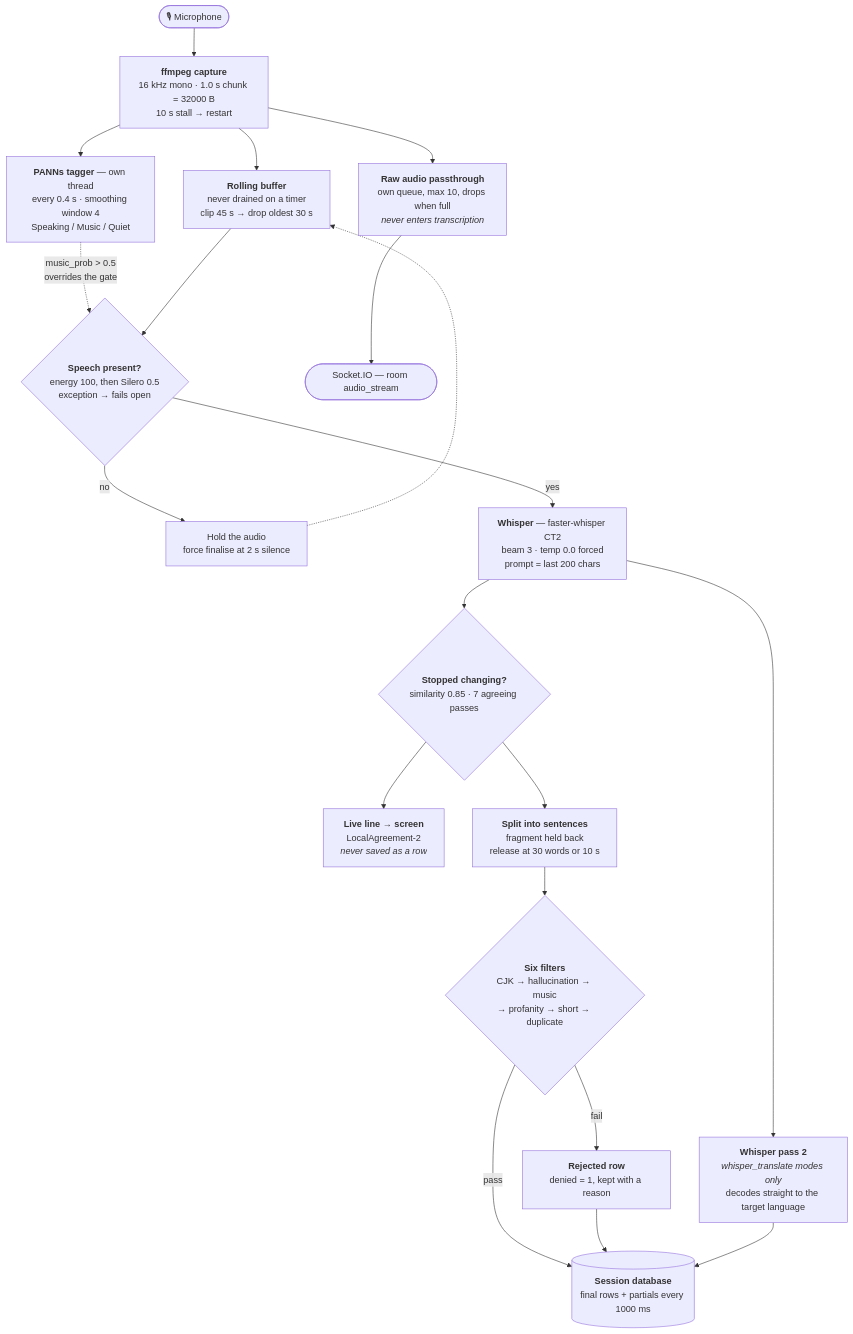
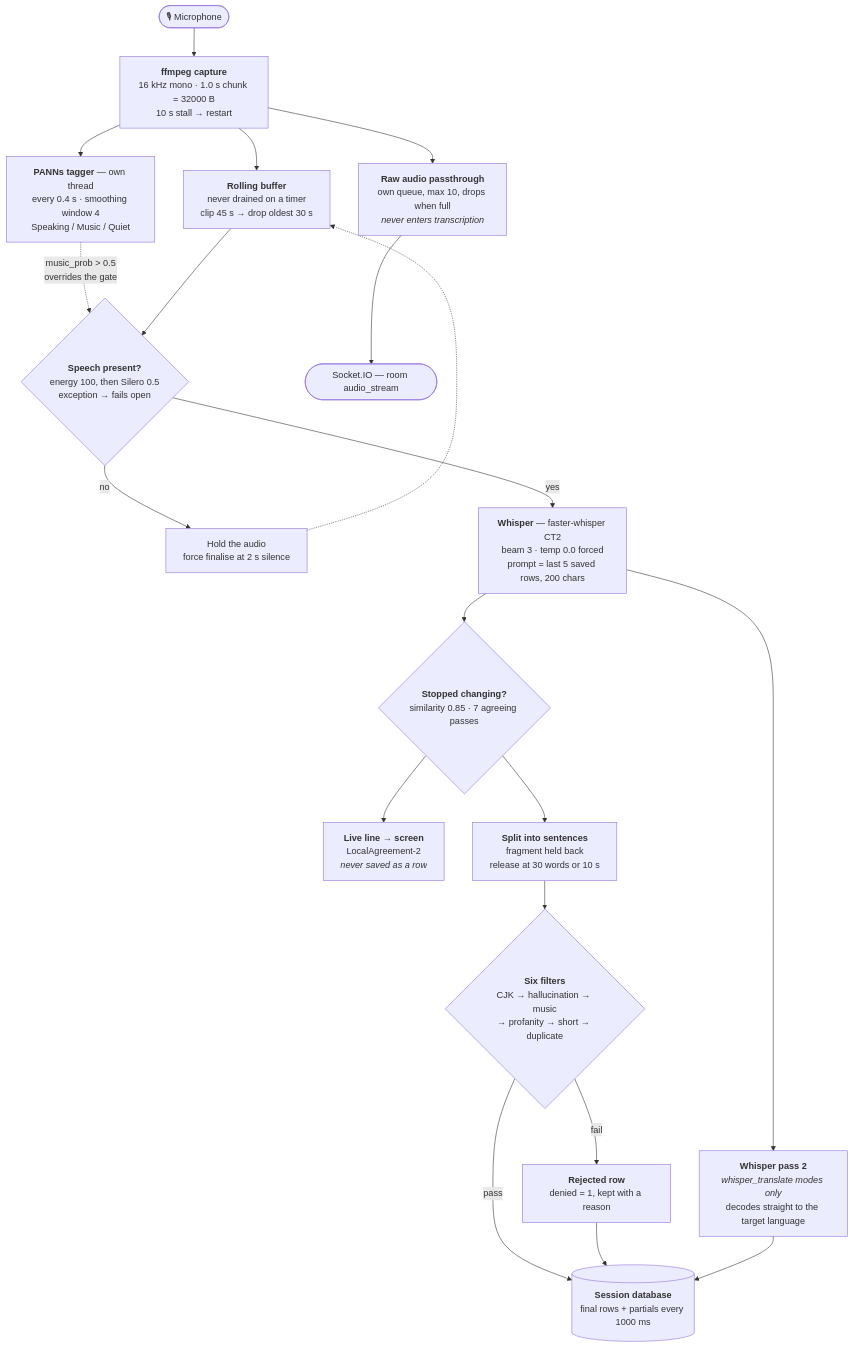
Before and after one commit to ChurchPresenter/STT: the second of 11 diagrams in PIPELINE.md, drawn with Mermaid. The commit also changed other lines of this file, not shown here.

````diff
--- a/PIPELINE.md
+++ b/PIPELINE.md
@@ -49,37 +57,37 @@
 ```mermaid
 flowchart TD
     MIC(["🎙 Microphone"])
     FF["<b>ffmpeg capture</b><br/>16 kHz mono · 1.0 s chunk = 32000 B<br/>10 s stall → restart"]
     PAN["<b>PANNs tagger</b> — own thread<br/>every 0.4 s · smoothing window 4<br/>Speaking / Music / Quiet"]
     BUF["<b>Rolling buffer</b><br/>never drained on a timer<br/>clip 45 s → drop oldest 30 s"]
     VAD{"<b>Speech present?</b><br/>energy 100, then Silero 0.5<br/>exception → fails open"}
     HOLD["Hold the audio<br/>force finalise at 2 s silence"]
-    WSP["<b>Whisper</b> — faster-whisper CT2<br/>beam 3 · temp 0.0 forced<br/>prompt = last 200 chars"]
+    WSP["<b>Whisper</b> — faster-whisper CT2<br/>beam 3 · temp 0.0 forced<br/>prompt = last 5 saved rows, 200 chars"]
     P2["<b>Whisper pass 2</b><br/><i>whisper_translate modes only</i><br/>decodes straight to the target language"]
     FIN{"<b>Stopped changing?</b><br/>similarity 0.85 · 7 agreeing passes"}
     LIVE["<b>Live line → screen</b><br/>LocalAgreement-2<br/><i>never saved as a row</i>"]
     SPL["<b>Split into sentences</b><br/>fragment held back<br/>release at 30 words or 10 s"]
     FLT{"<b>Six filters</b><br/>CJK → hallucination → music<br/>→ profanity → short → duplicate"}
     REJ["<b>Rejected row</b><br/>denied = 1, kept with a reason"]
     DB[("<b>Session database</b><br/>final rows + partials every 1000 ms")]
 
     MIC --> FF
     FF --> BUF
     FF --> PAN
     FF --> AUD["<b>Raw audio passthrough</b><br/>own queue, max 10, drops when full<br/><i>never enters transcription</i>"]
     AUD --> SIO(["Socket.IO — room audio_stream"])
     PAN -.->|music_prob &gt; 0.5<br/>overrides the gate| VAD
     BUF --> VAD
     VAD -->|no| HOLD
     HOLD -.-> BUF
     VAD -->|yes| WSP
     WSP --> FIN
     WSP --> P2
     FIN --> LIVE
     FIN --> SPL
     SPL --> FLT
     FLT -->|pass| DB
     FLT -->|fail| REJ
     REJ --> DB
     P2 --> DB
 ```
````
